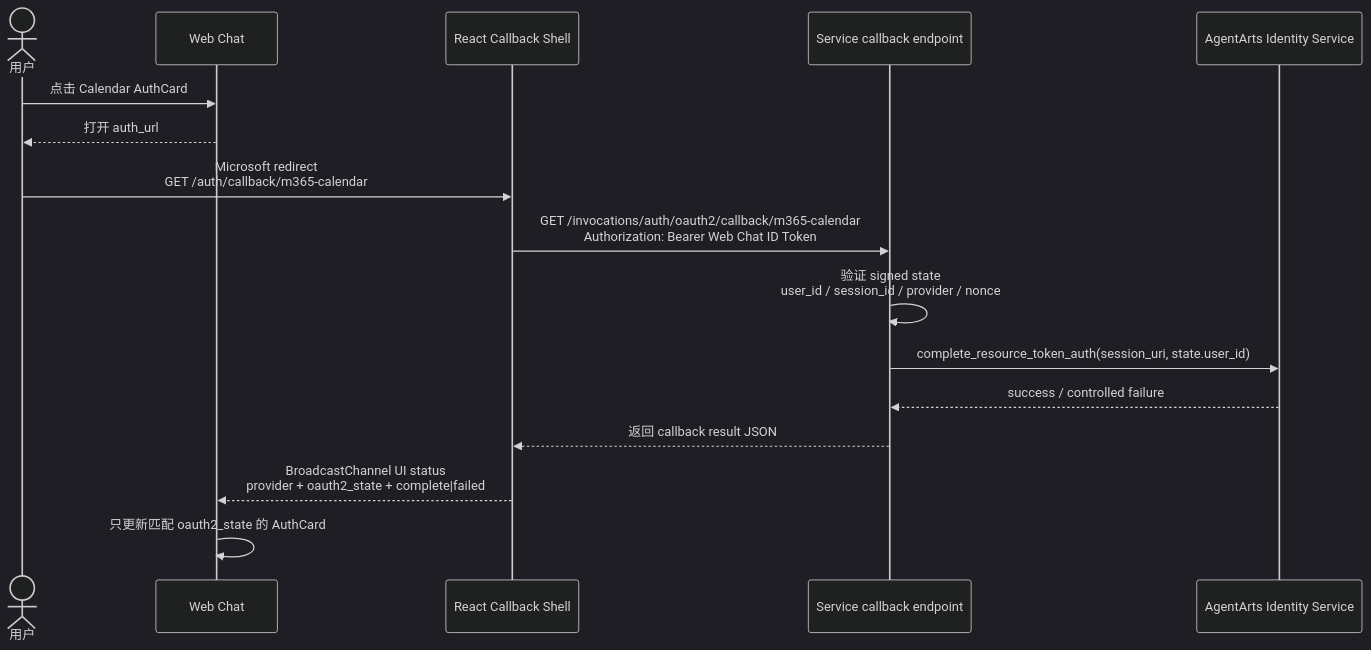
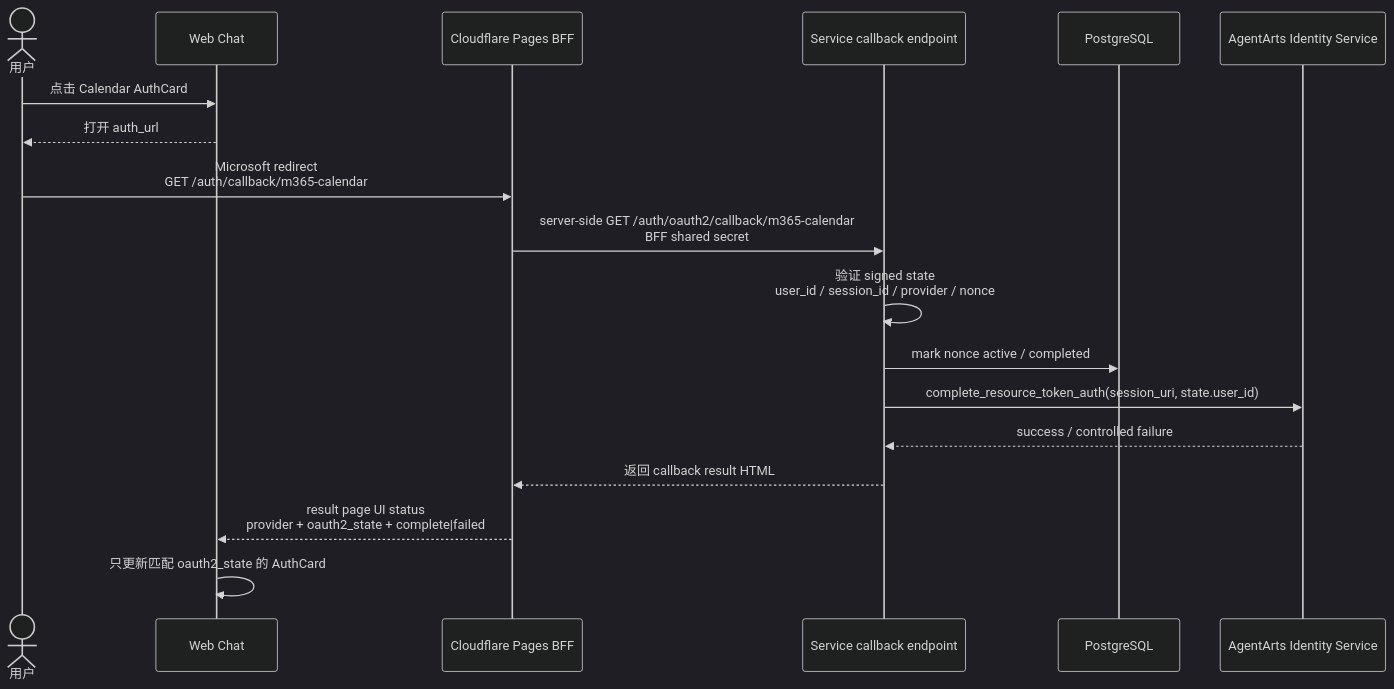
One commit to T-1009/personal-assistant changed the second of 2 diagrams in personal-assistant-meta/issues/bugs/bug-21-calendar-oauth2-complete-session-identity-mismatch/issue.md. Above: the diagram before and after it, drawn with Mermaid (dark theme). The commit also changed other lines of this file and 20 other files, not shown here.

Commit message:
Refine calendar OAuth callback BFF flow

````diff
--- a/personal-assistant-meta/issues/bugs/bug-21-calendar-oauth2-complete-session-identity-mismatch/issue.md
+++ b/personal-assistant-meta/issues/bugs/bug-21-calendar-oauth2-complete-session-identity-mismatch/issue.md
@@ -121,19 +123,21 @@
 ```mermaid
 sequenceDiagram
     actor User as 用户
     participant UI as Web Chat
-    participant CB as React Callback Shell
+    participant BFF as Cloudflare Pages BFF
     participant Agent as Service callback endpoint
+    participant DB as PostgreSQL
     participant IdSvc as AgentArts Identity Service
 
     User->>UI: 点击 Calendar AuthCard
     UI-->>User: 打开 auth_url
-    User->>CB: Microsoft redirect<br/>GET /auth/callback/m365-calendar
-    CB->>Agent: GET /invocations/auth/oauth2/callback/m365-calendar<br/>Authorization: Bearer Web Chat ID Token
+    User->>BFF: Microsoft redirect<br/>GET /auth/callback/m365-calendar
+    BFF->>Agent: server-side GET /auth/oauth2/callback/m365-calendar<br/>BFF shared secret
     Agent->>Agent: 验证 signed state<br/>user_id / session_id / provider / nonce
+    Agent->>DB: mark nonce active / completed
     Agent->>IdSvc: complete_resource_token_auth(session_uri, state.user_id)
     IdSvc-->>Agent: success / controlled failure
-    Agent-->>CB: 返回 callback result JSON
-    CB-->>UI: BroadcastChannel UI status<br/>provider + oauth2_state + complete|failed
+    Agent-->>BFF: 返回 callback result HTML
+    BFF-->>UI: result page UI status<br/>provider + oauth2_state + complete|failed
     UI->>UI: 只更新匹配 oauth2_state 的 AuthCard
 ```
````
